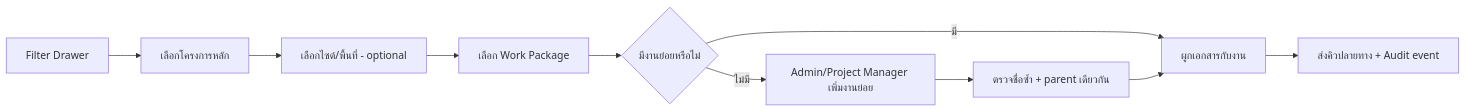
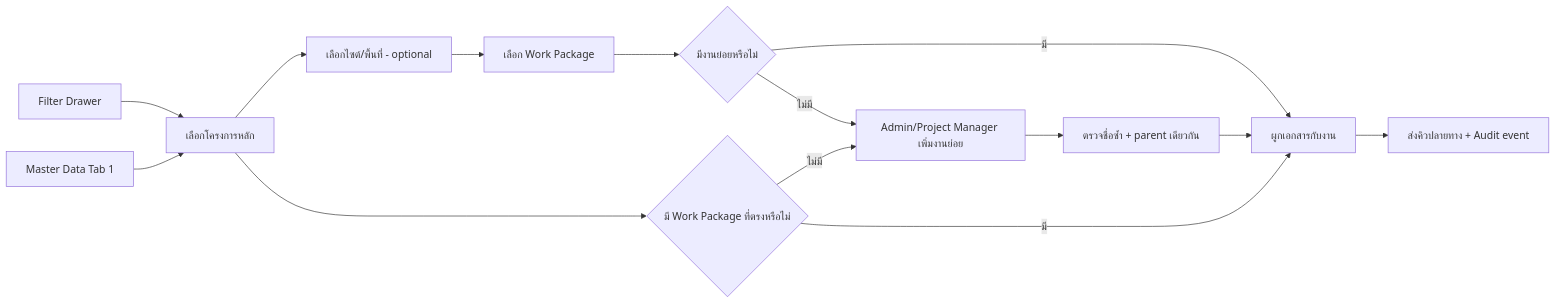
The first of 2 diagrams in docs/PROJECT_WORK_PACKAGE_FLOW.md (paramonjong-afk/WisdomAI), drawn with Mermaid before and after one commit. The commit also changed other lines of this file and 18 other files, not shown here.

Commit message:
feat: simplify master data review into two tabs

````diff
--- a/docs/PROJECT_WORK_PACKAGE_FLOW.md
+++ b/docs/PROJECT_WORK_PACKAGE_FLOW.md
@@ -3,12 +3,16 @@
 ```mermaid
 flowchart LR
   A[Filter Drawer] --> B[เลือกโครงการหลัก]
   B --> C[เลือกไซต์/พื้นที่ - optional]
   C --> D[เลือก Work Package]
   D --> E{มีงานย่อยหรือไม่}
   E -->|มี| F[ผูกเอกสารกับงาน]
   E -->|ไม่มี| G[Admin/Project Manager เพิ่มงานย่อย]
   G --> H[ตรวจชื่อซ้ำ + parent เดียวกัน]
   H --> F
   F --> I[ส่งคิวปลายทาง + Audit event]
+  J[Master Data Tab 1] --> B
+  B --> K{มี Work Package ที่ตรงหรือไม่}
+  K -->|มี| F
+  K -->|ไม่มี| G
 ```
````
